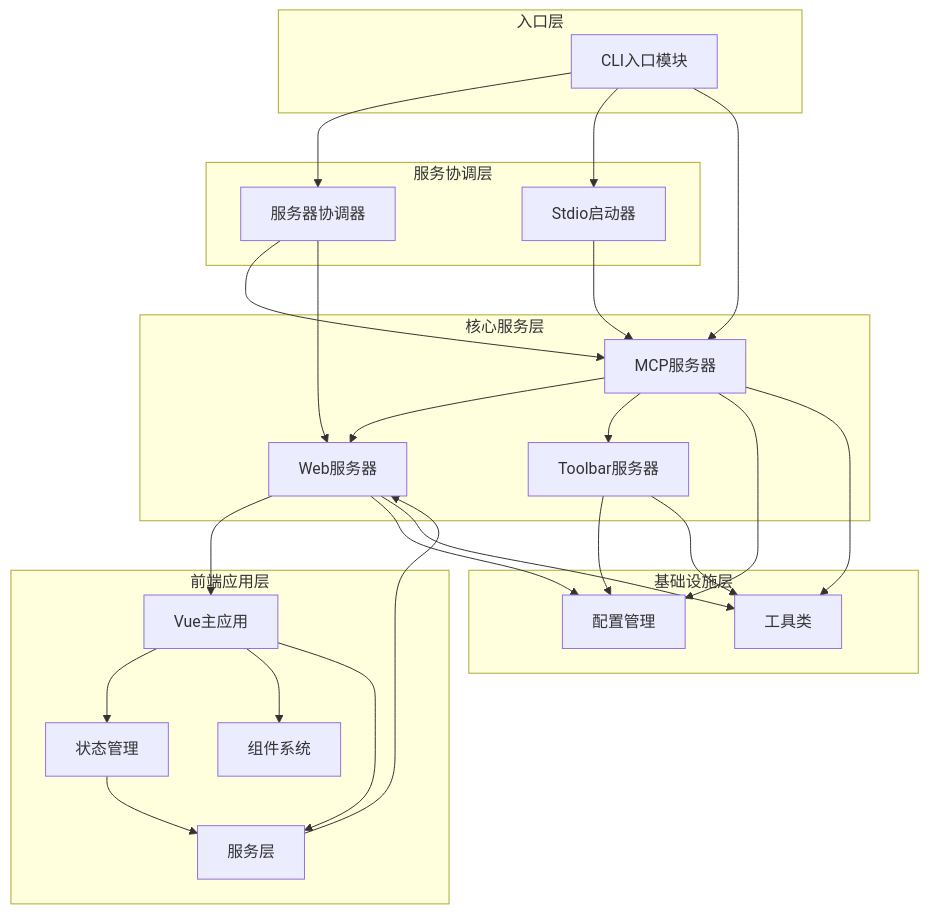
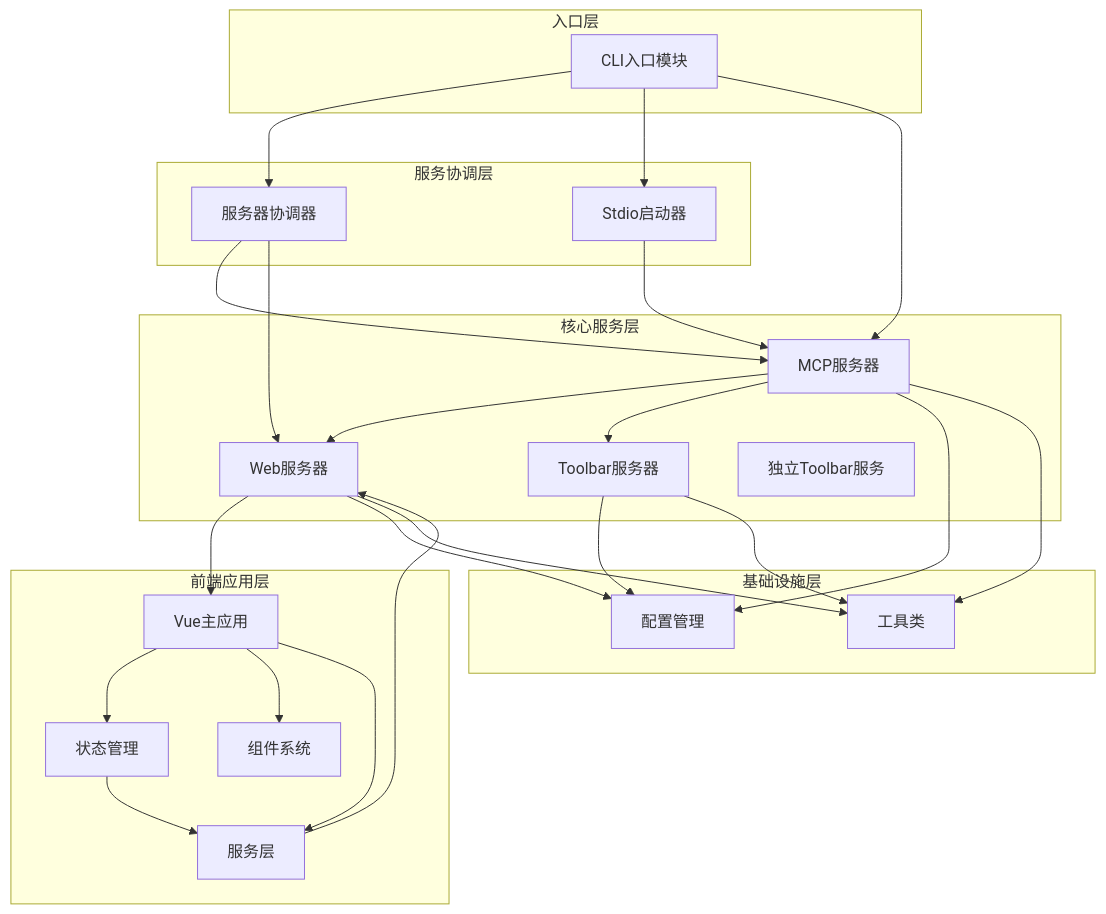
The first of 10 diagrams in docs/交互层/模块交互分析.md (Songmengdi/mcp-feedback-collector), drawn with Mermaid before and after one commit. The commit also changed other lines of this file and 37 other files, not shown here.

````diff
--- a/docs/交互层/模块交互分析.md
+++ b/docs/交互层/模块交互分析.md
@@ -27,52 +28,53 @@
 ```mermaid
 graph TB
     subgraph "入口层"
         CLI[CLI入口模块]
     end
     
     subgraph "服务协调层"
         SC[服务器协调器]
         SSL[Stdio启动器]
     end
     
     subgraph "核心服务层"
         MCP[MCP服务器]
         WEB[Web服务器]
         TB[Toolbar服务器]
+        STB[独立Toolbar服务]
     end
     
     subgraph "前端应用层"
         APP[Vue主应用]
         STORE[状态管理]
         COMP[组件系统]
         SVC[服务层]
     end
     
     subgraph "基础设施层"
         CFG[配置管理]
         UTILS[工具类]
     end
     
     CLI --> SC
     CLI --> SSL
     CLI --> MCP
     SC --> MCP
     SC --> WEB
     SSL --> MCP
     MCP --> WEB
     MCP --> TB
     WEB --> APP
     APP --> STORE
     APP --> COMP
     APP --> SVC
     
     MCP --> CFG
     WEB --> CFG
     TB --> CFG
     MCP --> UTILS
     WEB --> UTILS
     TB --> UTILS
     
     SVC --> WEB
     STORE --> SVC
 ```
````
